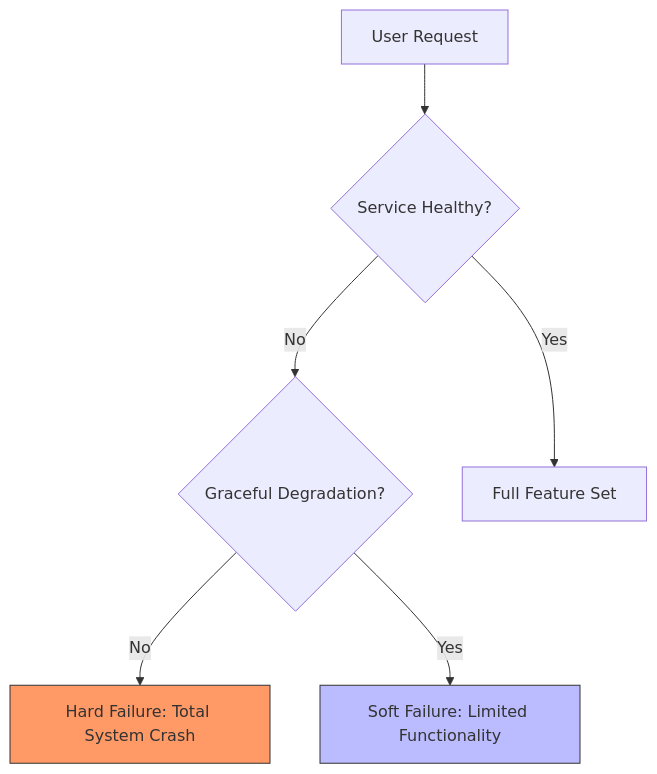
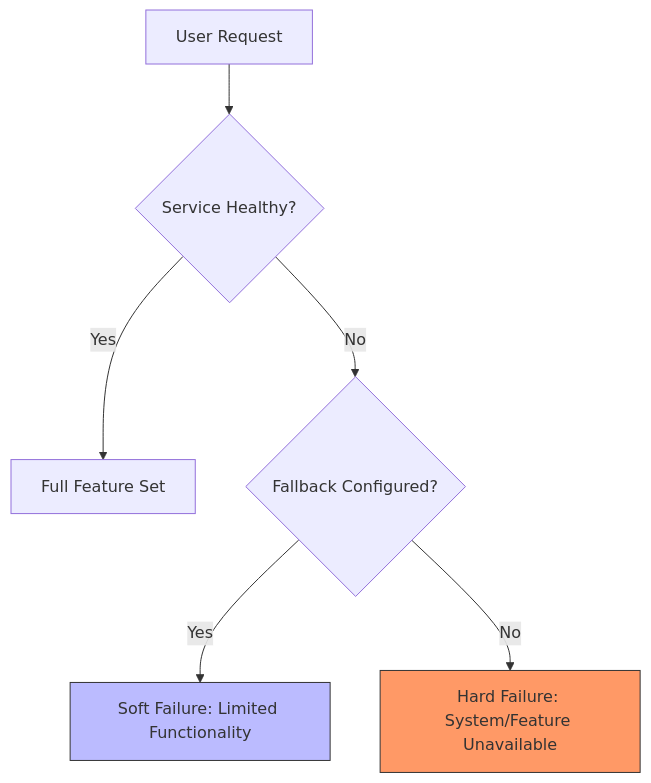
One commit to vaishvanara/techwritingkb changed the diagram in docs/systems-thinking/graceful-degradation.md. Above: the diagram before and after it, drawn with Mermaid. The commit also changed other lines of this file and 26 other files, not shown here.

````diff
--- a/docs/systems-thinking/graceful-degradation.md
+++ b/docs/systems-thinking/graceful-degradation.md
@@ -19,10 +19,11 @@
 ```mermaid
 graph TD
     A[User Request] --> B{Service Healthy?}
-    B -- No --> C{Graceful Degradation?}
-    C -- No --> D[Hard Failure: Total System Crash]
-    C -- Yes --> E[Soft Failure: Limited Functionality]
-    B -- Yes --> F[Full Feature Set]
-    style D fill:#f96,stroke:#333
+    B -- Yes --> C[Full Feature Set]
+    B -- No --> D{Fallback Configured?}
+    D -- Yes --> E[Soft Failure: Limited Functionality]
+    D -- No --> F[Hard Failure: System/Feature Unavailable]
+    
     style E fill:#bbf,stroke:#333
+    style F fill:#f96,stroke:#333
 ```
````
